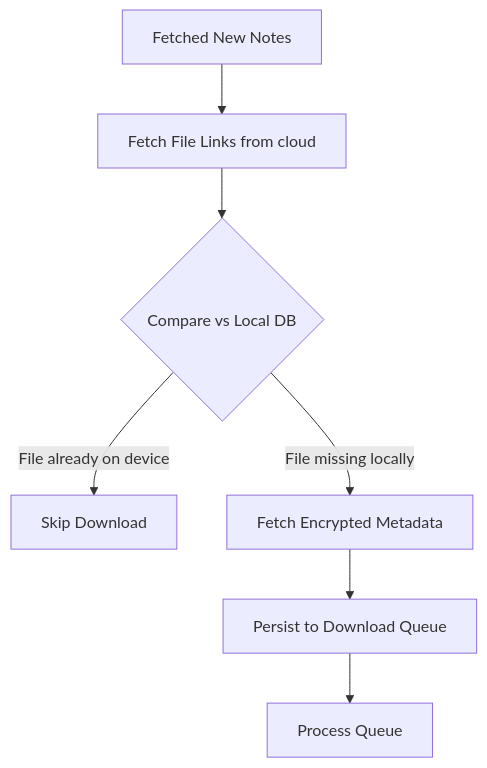
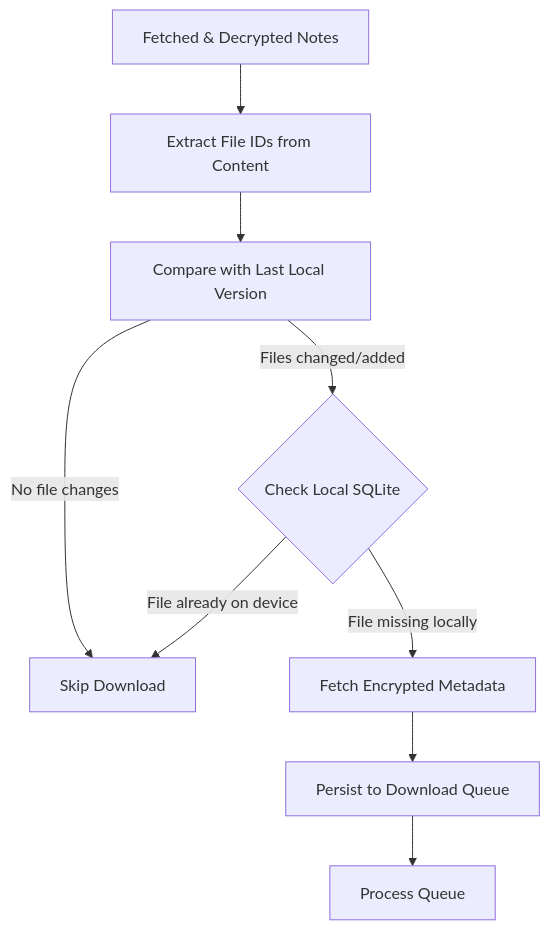
One commit to iLiranS/blog-portfolio changed the second of 2 diagrams in app/blog/posts/annota-sync.mdx. Above: the diagram before and after it, drawn with Mermaid. The commit also changed other lines of this file and 3 other files, not shown here.

Commit message:
style: update typography to subpixel-antialiased, improve prose dark mode contrast, and clarify mermaid diagram sync logic

````diff
--- a/app/blog/posts/annota-sync.mdx
+++ b/app/blog/posts/annota-sync.mdx
@@ -65,9 +65,11 @@
 ```mermaid
 graph TD
-    A[Fetched New Notes] --> B[Fetch File Links from cloud]
-    B --> C{Compare vs Local DB}
-    C -->|File already on device| D[Skip Download]
-    C -->|File missing locally| E[Fetch Encrypted Metadata]
-    E --> F[Persist to Download Queue]
-    F --> G[Process Queue]
+    A[Fetched & Decrypted Notes] --> B[Extract File IDs from Content]
+    B --> C[Compare with Last Local Version]
+    C -->|Files changed/added| D{Check Local SQLite}
+    C -->|No file changes| E[Skip Download]
+    D -->|File already on device| E
+    D -->|File missing locally| F[Fetch Encrypted Metadata]
+    F --> G[Persist to Download Queue]
+    G --> H[Process Queue]
 ```
````
